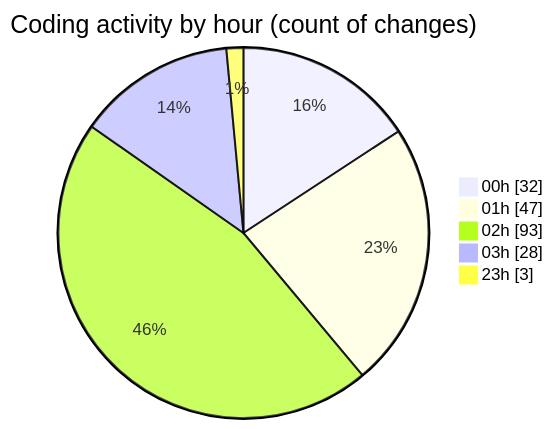
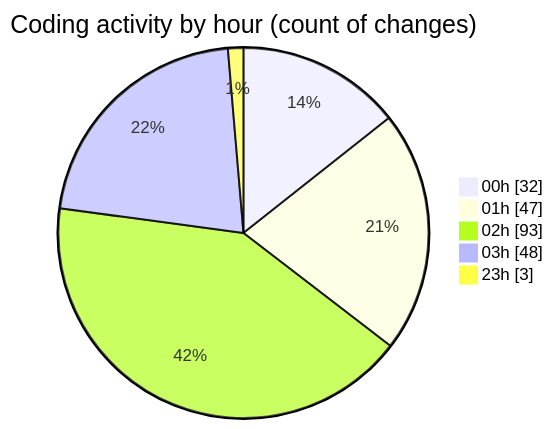
The second of 2 diagrams in 2025-07-28/quanlyrapchieuphim-1/README.md (lephambinh05/code-tracking), drawn with Mermaid before and after one commit. The commit also changed other lines of this file and 1 other file, not shown here.

````diff
--- a/2025-07-28/quanlyrapchieuphim-1/README.md
+++ b/2025-07-28/quanlyrapchieuphim-1/README.md
@@ -49,9 +53,9 @@
 ```mermaid
 pie showData
 title Coding activity by hour (count of changes)
 "00h" : 32
 "01h" : 47
 "02h" : 93
-"03h" : 28
+"03h" : 48
 "23h" : 3
 ```
````
